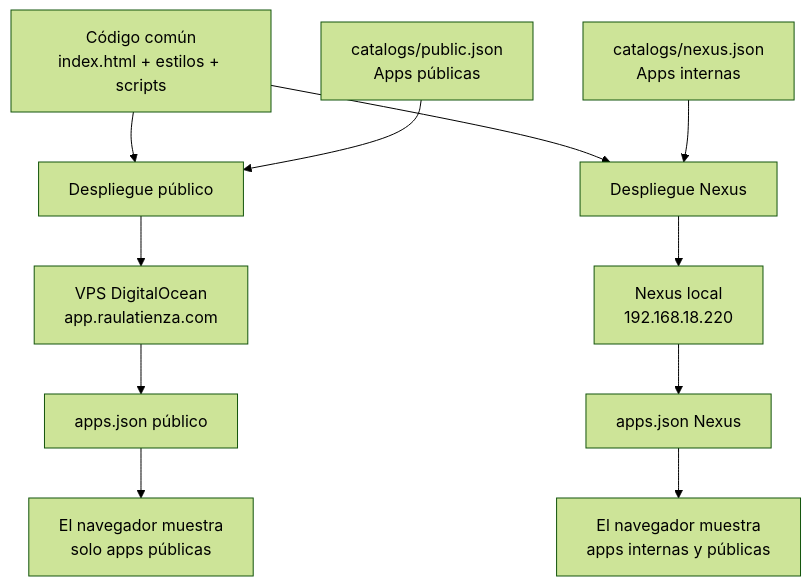
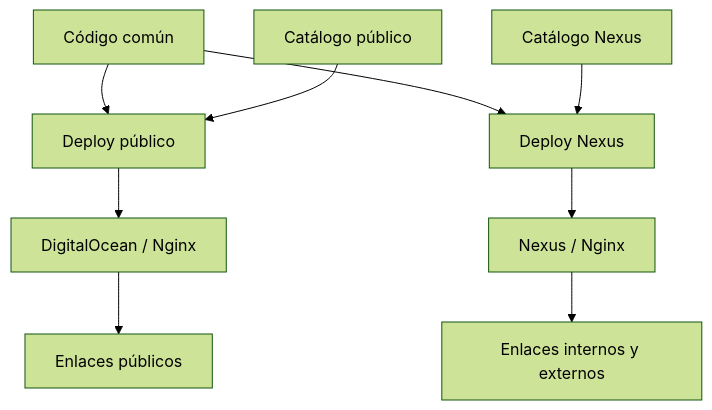
Before and after one commit to ratienza/infra-replicant-lab: the second of 2 diagrams in docs/arquitectura.md, drawn with Mermaid (forest theme). The commit also changed other lines of this file and 48 other files, not shown here.

````diff
--- a/docs/arquitectura.md
+++ b/docs/arquitectura.md
@@ -28,17 +31,11 @@
 ```mermaid
 flowchart TD
-    A["Código común<br/>index.html + estilos + scripts"] --> B["Despliegue público"]
-    A --> C["Despliegue Nexus"]
-
-    D["catalogs/public.json<br/>Apps públicas"] --> B
-    E["catalogs/nexus.json<br/>Apps internas"] --> C
-
-    B --> F["VPS DigitalOcean<br/>app.raulatienza.com"]
-    C --> G["Nexus local<br/>192.168.18.220"]
-
-    F --> H["apps.json público"]
-    G --> I["apps.json Nexus"]
-
-    H --> J["El navegador muestra<br/>solo apps públicas"]
-    I --> K["El navegador muestra<br/>apps internas y públicas"]
+    CODE["Código común"] --> PUB["Deploy público"]
+    CODE --> LAB["Deploy Nexus"]
+    PC["Catálogo público"] --> PUB
+    NC["Catálogo Nexus"] --> LAB
+    PUB --> DO["DigitalOcean / Nginx"]
+    LAB --> NX["Nexus / Nginx"]
+    DO --> PURL["Enlaces públicos"]
+    NX --> NURL["Enlaces internos y externos"]
 ```
````
